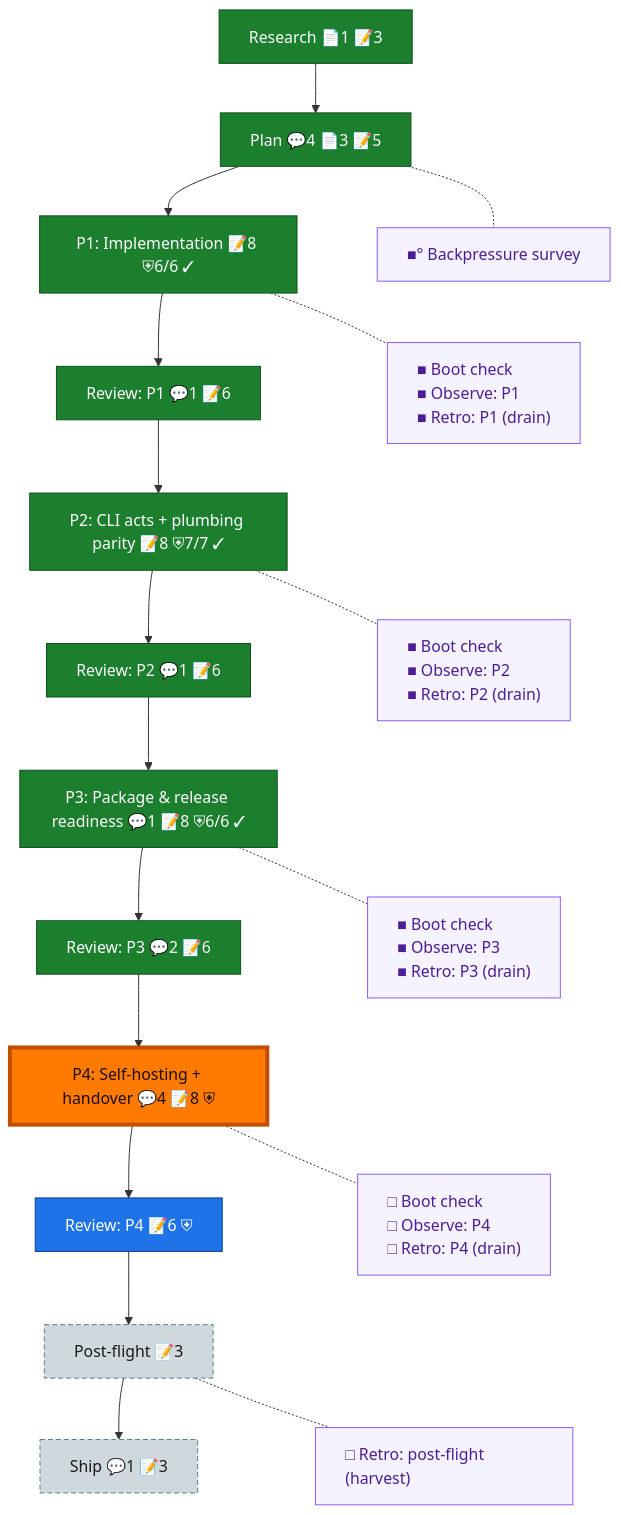
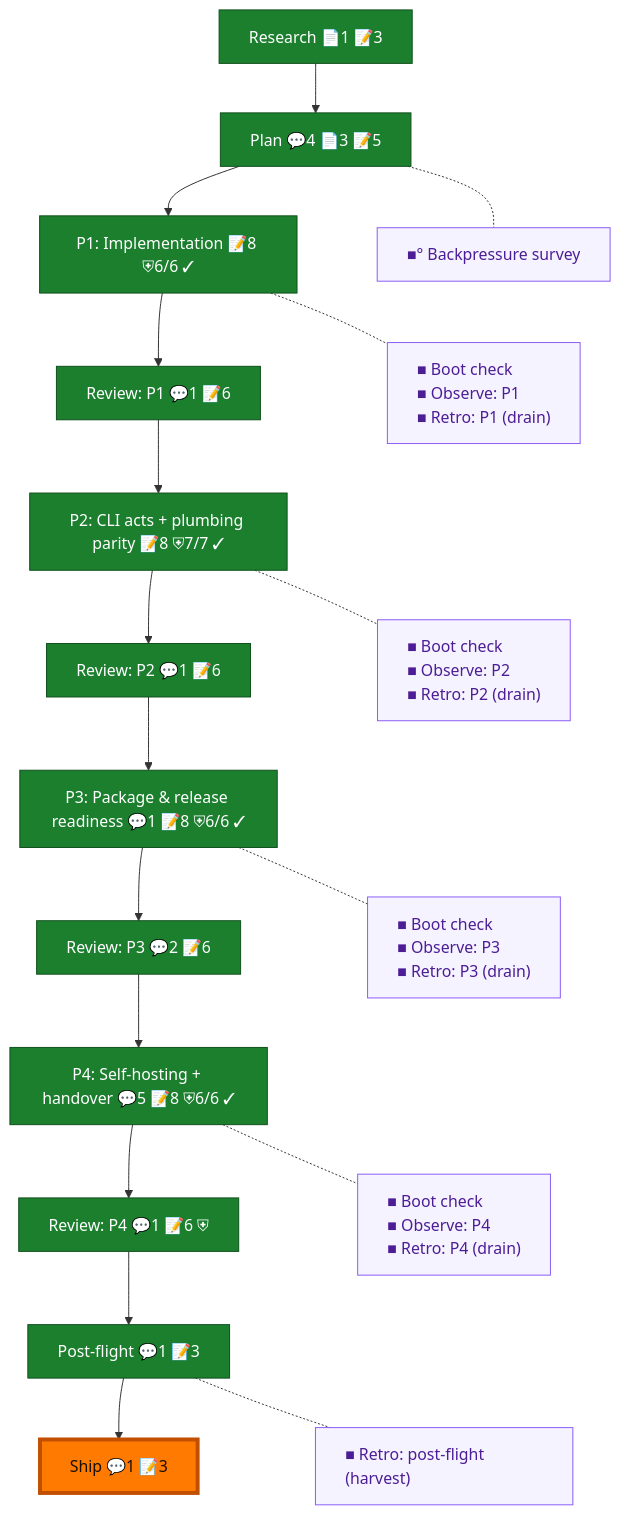
Before and after one commit to AI-Substrate/dd: the diagram in docs/plans/001-dd-extraction/the-flow.md, drawn with Mermaid. The commit also changed other lines of this file and 8 other files, not shown here.

````diff
--- a/docs/plans/001-dd-extraction/the-flow.md
+++ b/docs/plans/001-dd-extraction/the-flow.md
@@ -8,42 +8,40 @@
 ```mermaid
 flowchart TD
     research["Research 📄1 📝3"]:::done
     plan["Plan 💬4 📄3 📝5"]:::done
     phase_1["P1: Implementation 📝8 ⛨6/6 ✓"]:::done
     review_1["Review: P1 💬1 📝6"]:::done
     phase_2["P2: CLI acts + plumbing parity 📝8 ⛨7/7 ✓"]:::done
     review_2["Review: P2 💬1 📝6"]:::done
     phase_3["P3: Package & release readiness 💬1 📝8 ⛨6/6 ✓"]:::done
     review_3["Review: P3 💬2 📝6"]:::done
-    phase_4["P4: Self-hosting + handover 💬4 📝8 ⛨"]:::known
-    review_4["Review: P4 📝6 ⛨"]:::known
-    post_flight["Post-flight 📝3"]:::assumed
-    ship["Ship 💬1 📝3"]:::assumed
+    phase_4["P4: Self-hosting + handover 💬5 📝8 ⛨6/6 ✓"]:::done
+    review_4["Review: P4 💬1 📝6 ⛨"]:::done
+    post_flight["Post-flight 💬1 📝3"]:::done
+    ship["Ship 💬1 📝3"]:::done
 
     research --> plan --> phase_1 --> review_1 --> phase_2 --> review_2 --> phase_3 --> review_3 --> phase_4 --> review_4 --> post_flight --> ship
 
     planC["■° Backpressure survey"]:::chore
     phase_1C["■ Boot check<br/>■ Observe: P1<br/>■ Retro: P1 (drain)"]:::chore
     phase_2C["■ Boot check<br/>■ Observe: P2<br/>■ Retro: P2 (drain)"]:::chore
     phase_3C["■ Boot check<br/>■ Observe: P3<br/>■ Retro: P3 (drain)"]:::chore
-    phase_4C["□ Boot check<br/>□ Observe: P4<br/>□ Retro: P4 (drain)"]:::chore
-    post_flightC["□ Retro: post-flight (harvest)"]:::chore
+    phase_4C["■ Boot check<br/>■ Observe: P4<br/>■ Retro: P4 (drain)"]:::chore
+    post_flightC["■ Retro: post-flight (harvest)"]:::chore
 
     %% invisible chain holds the gutter boxes in their own column
     planC ~~~ phase_1C ~~~ phase_2C ~~~ phase_3C ~~~ phase_4C ~~~ post_flightC
 
     %% dotted links pull each gutter box beside its node
     plan -.- planC
     phase_1 -.- phase_1C
     phase_2 -.- phase_2C
     phase_3 -.- phase_3C
     phase_4 -.- phase_4C
     post_flight -.- post_flightC
 
     classDef done fill:#1B7F2E,stroke:#0F4F1B,color:#fff;
-    classDef known fill:#1E73E8,stroke:#0D3F86,color:#fff;
-    classDef assumed fill:#CFD8DC,stroke:#607D8B,color:#1a1a1a,stroke-dasharray:5 3;
     classDef chore fill:#f5f3ff,stroke:#8b5cf6,color:#4c1d95,text-align:left;
     classDef current fill:#FF7A00,stroke:#C24E00,color:#1a0e00,stroke-width:4px;
-    class phase_4 current;
+    class ship current;
 ```
````
